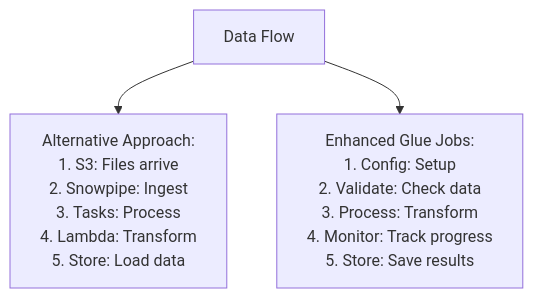
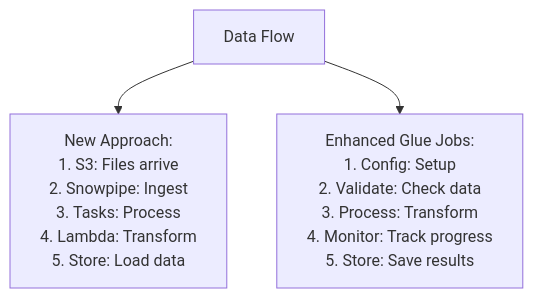
The sixth of 17 diagrams in mermaid.md (veronelazio/wezterm), drawn with Mermaid before and after one commit. The commit also changed other lines of this file, not shown here.

````diff
--- a/mermaid.md
+++ b/mermaid.md
@@ -75,5 +75,5 @@
 ```mermaid
 flowchart TD
-    D1["Data Flow"] --> D2["Alternative Approach:<br/>1. S3: Files arrive<br/>2. Snowpipe: Ingest<br/>3. Tasks: Process<br/>4. Lambda: Transform<br/>5. Store: Load data"]
+    D1["Data Flow"] --> D2["New Approach:<br/>1. S3: Files arrive<br/>2. Snowpipe: Ingest<br/>3. Tasks: Process<br/>4. Lambda: Transform<br/>5. Store: Load data"]
     D1 --> D3["Enhanced Glue Jobs:<br/>1. Config: Setup<br/>2. Validate: Check data<br/>3. Process: Transform<br/>4. Monitor: Track progress<br/>5. Store: Save results"]
 ```
````
